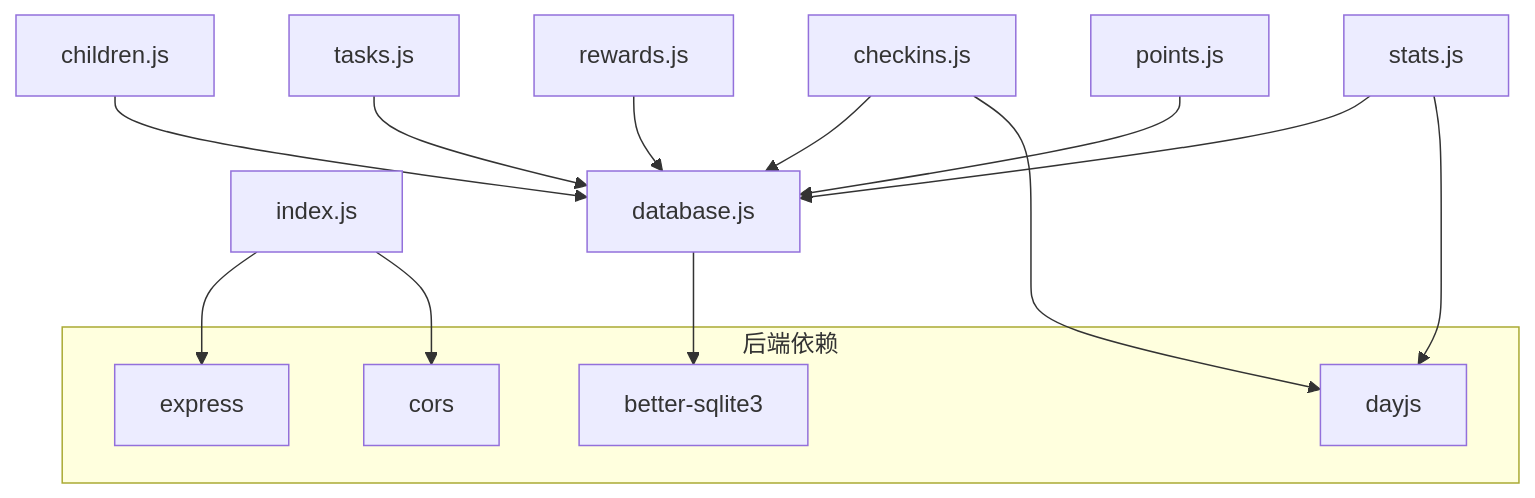
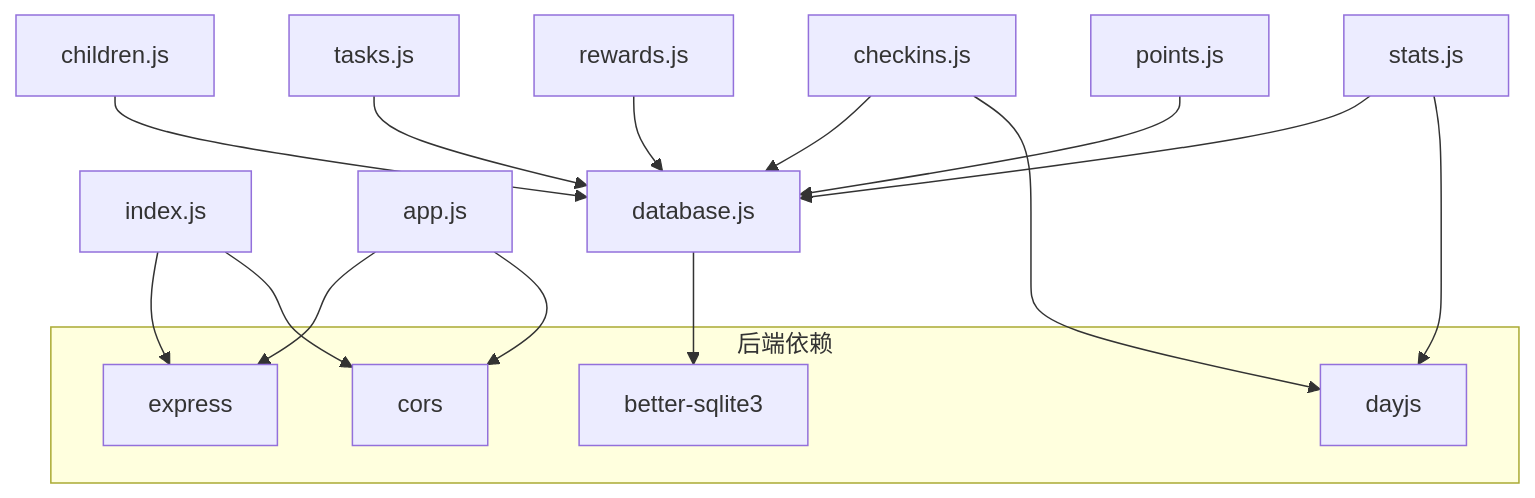
One commit to dawny123123/StarParadise changed the eighth of 8 diagrams in .qoder/repowiki/zh/content/系统架构设计/后端架构设计.md. Above: the diagram before and after it, drawn with Mermaid. The commit also changed other lines of this file and 102 other files, not shown here.

````diff
--- a/.qoder/repowiki/zh/content/系统架构设计/后端架构设计.md
+++ b/.qoder/repowiki/zh/content/系统架构设计/后端架构设计.md
@@ -370,20 +401,22 @@
 ```mermaid
 graph TB
 subgraph "后端依赖"
 EX["express"]
 BS["better-sqlite3"]
 CR["cors"]
 DJ["dayjs"]
 end
 IDX["index.js"] --> EX
 IDX --> CR
+APP["app.js"] --> EX
+APP --> CR
 DB["database.js"] --> BS
 CH["children.js"] --> DB
 T["tasks.js"] --> DB
 CK["checkins.js"] --> DB
 RW["rewards.js"] --> DB
 S["stats.js"] --> DB
 P["points.js"] --> DB
 CK --> DJ
 S --> DJ
 ```
````
